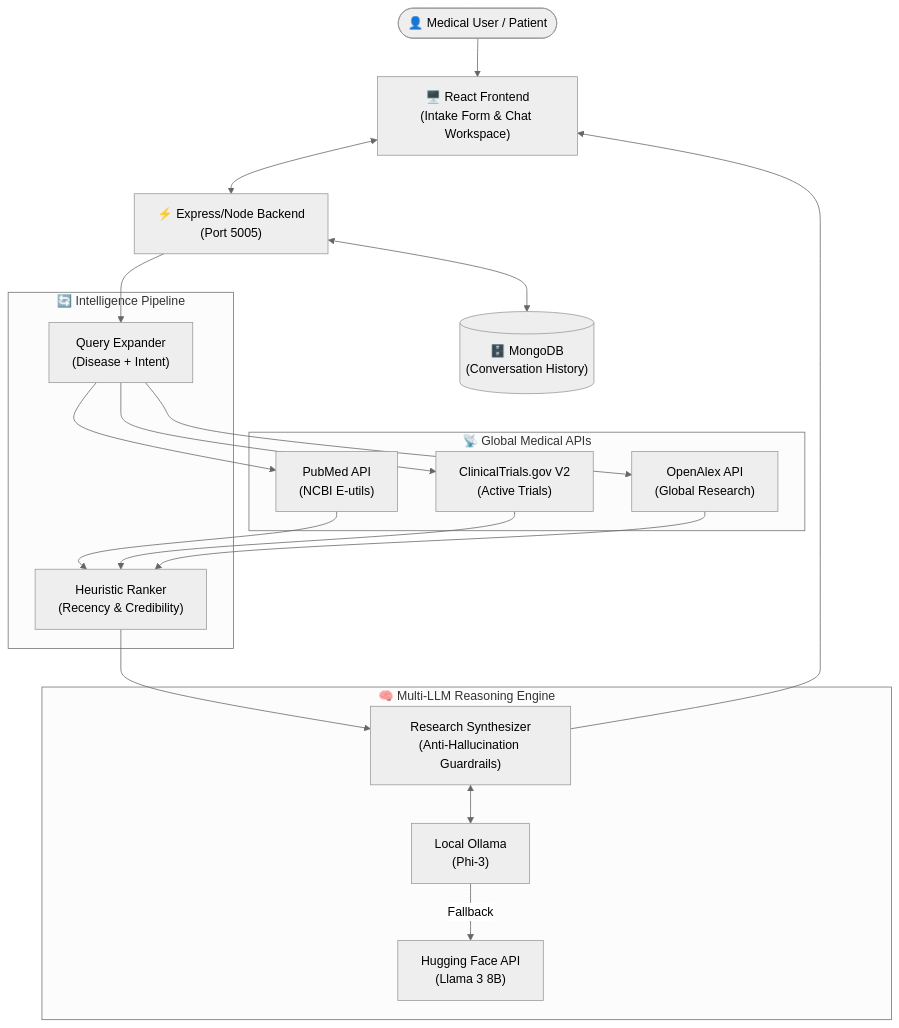
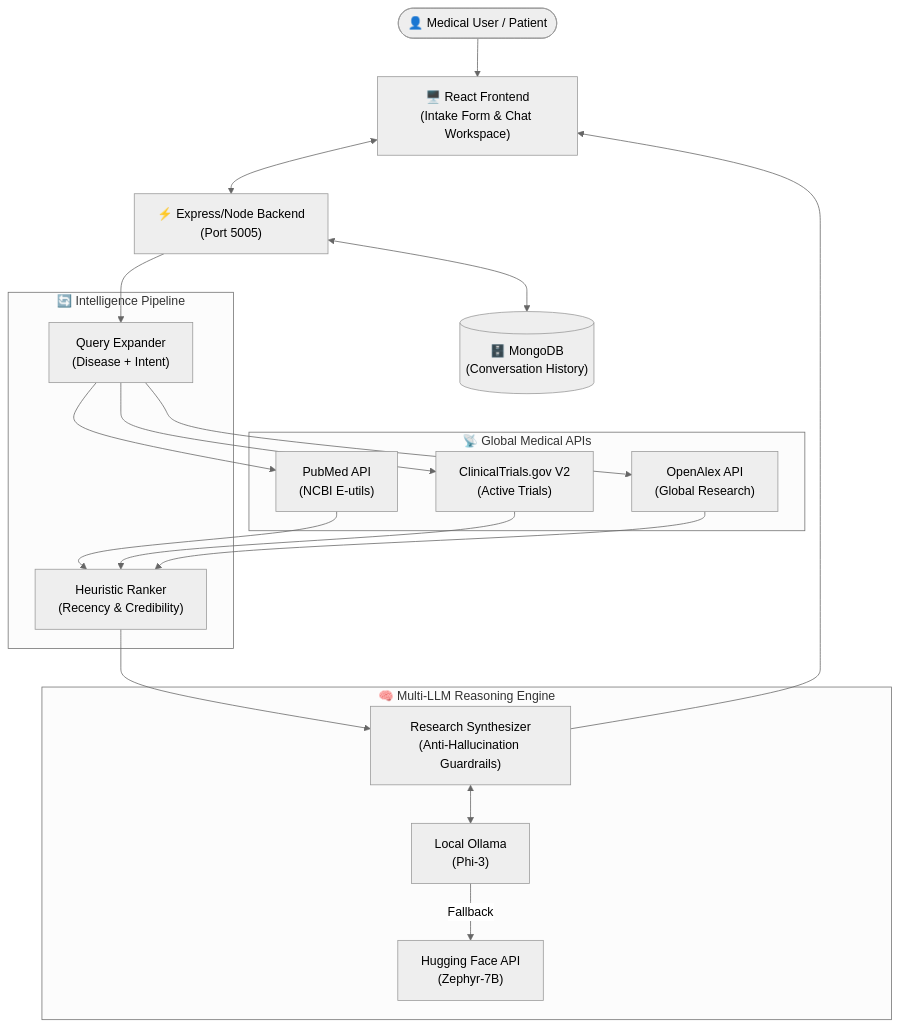
Before and after one commit to AayushTripathi07/medintel-ai: the diagram in README.md, drawn with Mermaid (neutral theme). The commit also changed other lines of this file and 5 other files, not shown here.

````diff
--- a/README.md
+++ b/README.md
@@ -63,35 +60,35 @@
 ```mermaid
 flowchart TD
     User(["👤 Medical User / Patient"])
     UI["🖥️ React Frontend\n(Intake Form & Chat Workspace)"]
     API["⚡ Express/Node Backend\n(Port 5005)"]
     DB[("🗄️ MongoDB\n(Conversation History)")]
 
     subgraph Data Sources ["📡 Global Medical APIs"]
         PM["PubMed API\n(NCBI E-utils)"]
         CT["ClinicalTrials.gov V2\n(Active Trials)"]
         OA["OpenAlex API\n(Global Research)"]
     end
 
     subgraph Core Pipeline ["🔄 Intelligence Pipeline"]
         QE["Query Expander\n(Disease + Intent)"]
         RR["Heuristic Ranker\n(Recency & Credibility)"]
     end
 
     subgraph LLM ["🧠 Multi-LLM Reasoning Engine"]
         Ollama["Local Ollama\n(Phi-3)"]
-        HF["Hugging Face API\n(Llama 3 8B)"]
+        HF["Hugging Face API\n(Zephyr-7B)"]
         Synth["Research Synthesizer\n(Anti-Hallucination Guardrails)"]
     end
 
     User --> UI
     UI <--> API
     API <--> DB
     API --> QE
     QE --> PM & CT & OA
     PM & CT & OA --> RR
     RR --> Synth
     Synth <--> Ollama
     Ollama -- "Fallback" --> HF
     Synth --> UI
 ```
````
